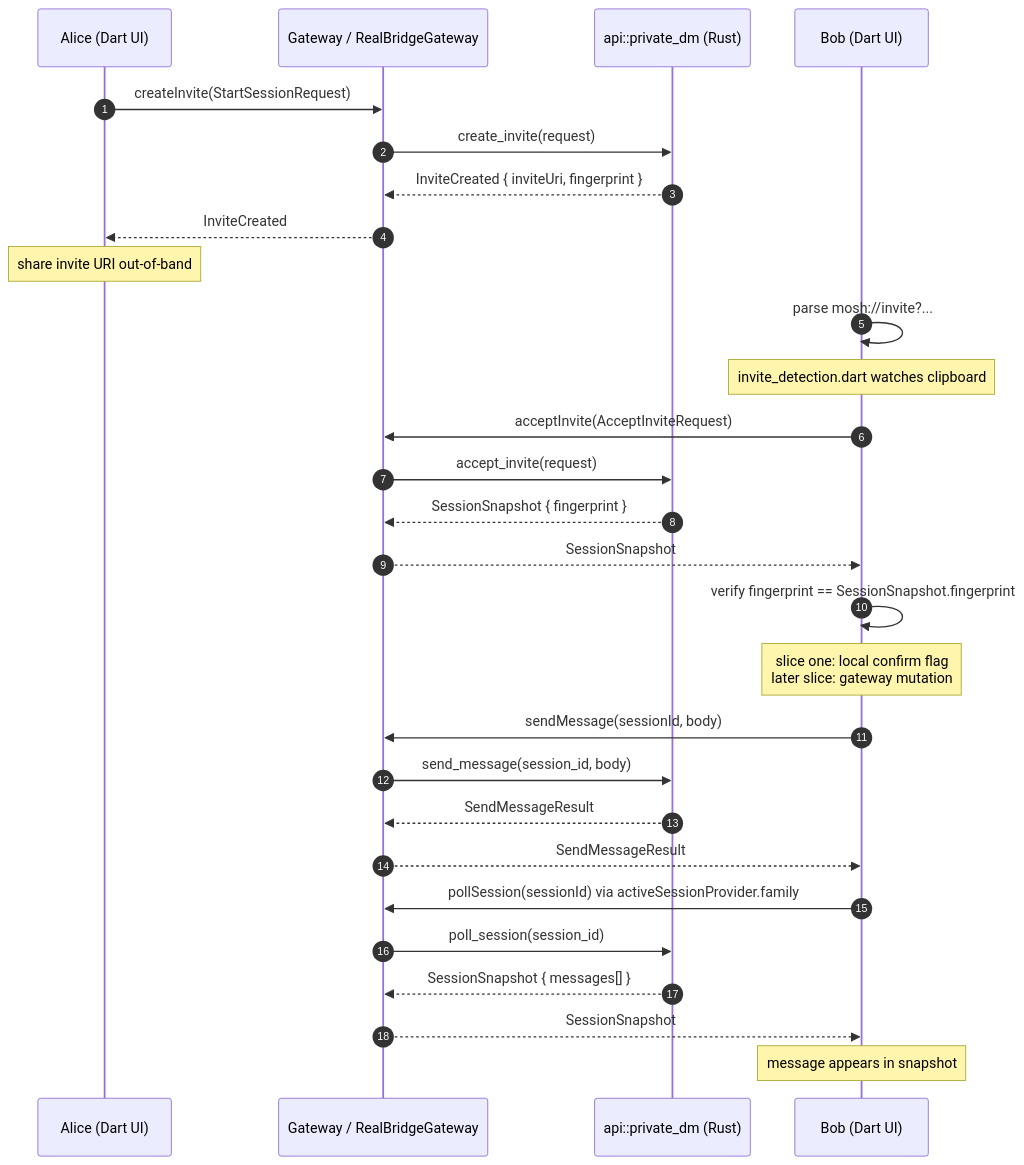
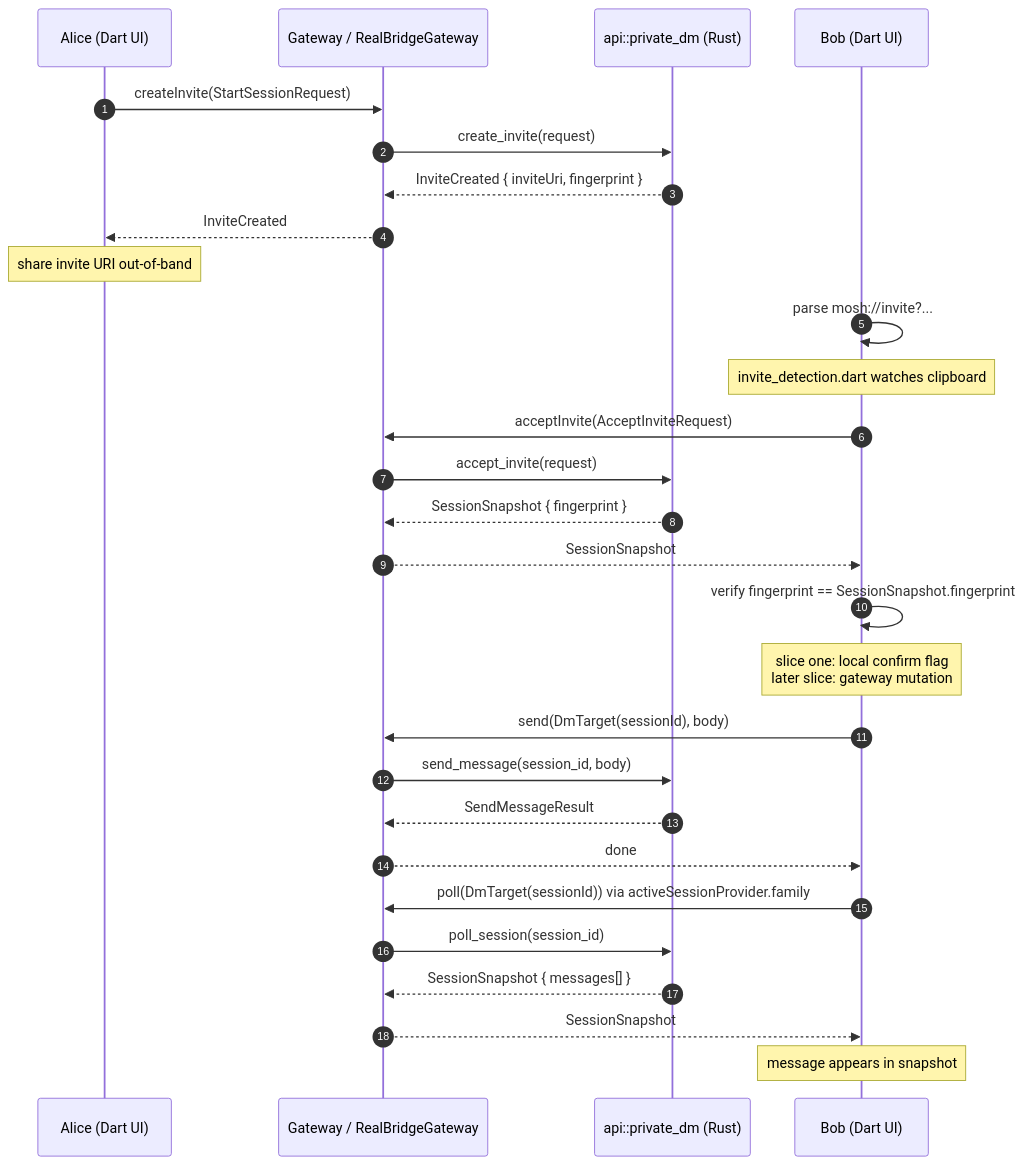
Before and after one commit to redstone-md/mosh-flutter: the diagram in docs/Features/private-dm.md, drawn with Mermaid. The commit also changed other lines of this file and 5 other files, not shown here.

````diff
--- a/docs/Features/private-dm.md
+++ b/docs/Features/private-dm.md
@@ -15,31 +15,31 @@
 ```mermaid
 sequenceDiagram
     autonumber
     participant Alice as Alice (Dart UI)
     participant GW as Gateway / RealBridgeGateway
     participant Api as api::private_dm (Rust)
     participant Bob as Bob (Dart UI)
 
     Alice->>GW: createInvite(StartSessionRequest)
     GW->>Api: create_invite(request)
     Api-->>GW: InviteCreated { inviteUri, fingerprint }
     GW-->>Alice: InviteCreated
     Note over Alice: share invite URI out-of-band
     Bob->>Bob: parse mosh://invite?...#fp= via invite_uri.dart
     Note over Bob: invite_detection.dart watches clipboard
     Bob->>GW: acceptInvite(AcceptInviteRequest)
     GW->>Api: accept_invite(request)
     Api-->>GW: SessionSnapshot { fingerprint }
     GW-->>Bob: SessionSnapshot
     Bob->>Bob: verify fingerprint == SessionSnapshot.fingerprint
     Note over Bob: slice one: local confirm flag<br/>later slice: gateway mutation
-    Bob->>GW: sendMessage(sessionId, body)
+    Bob->>GW: send(DmTarget(sessionId), body)
     GW->>Api: send_message(session_id, body)
     Api-->>GW: SendMessageResult
-    GW-->>Bob: SendMessageResult
-    Bob->>GW: pollSession(sessionId) via activeSessionProvider.family
+    GW-->>Bob: done
+    Bob->>GW: poll(DmTarget(sessionId)) via activeSessionProvider.family
     GW->>Api: poll_session(session_id)
     Api-->>GW: SessionSnapshot { messages[] }
     GW-->>Bob: SessionSnapshot
     Note over Bob: message appears in snapshot
 ```
````
